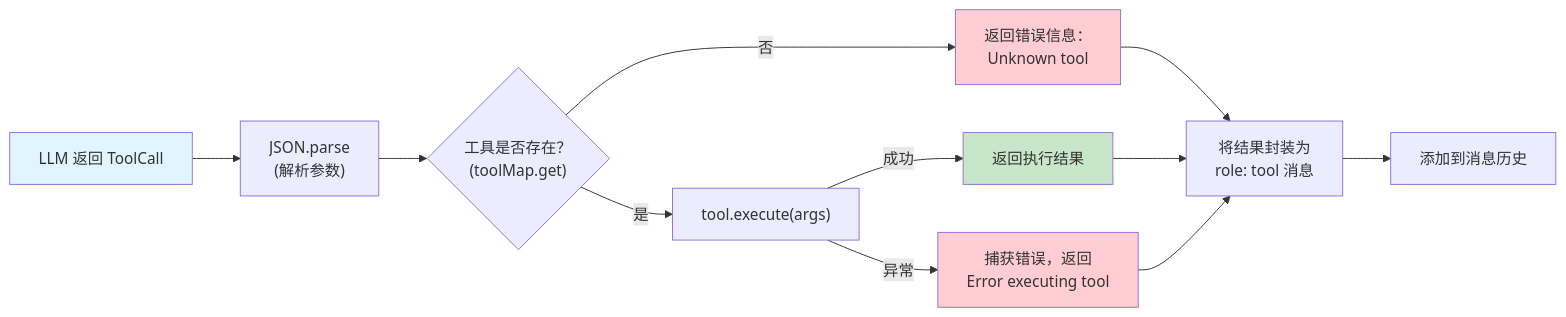
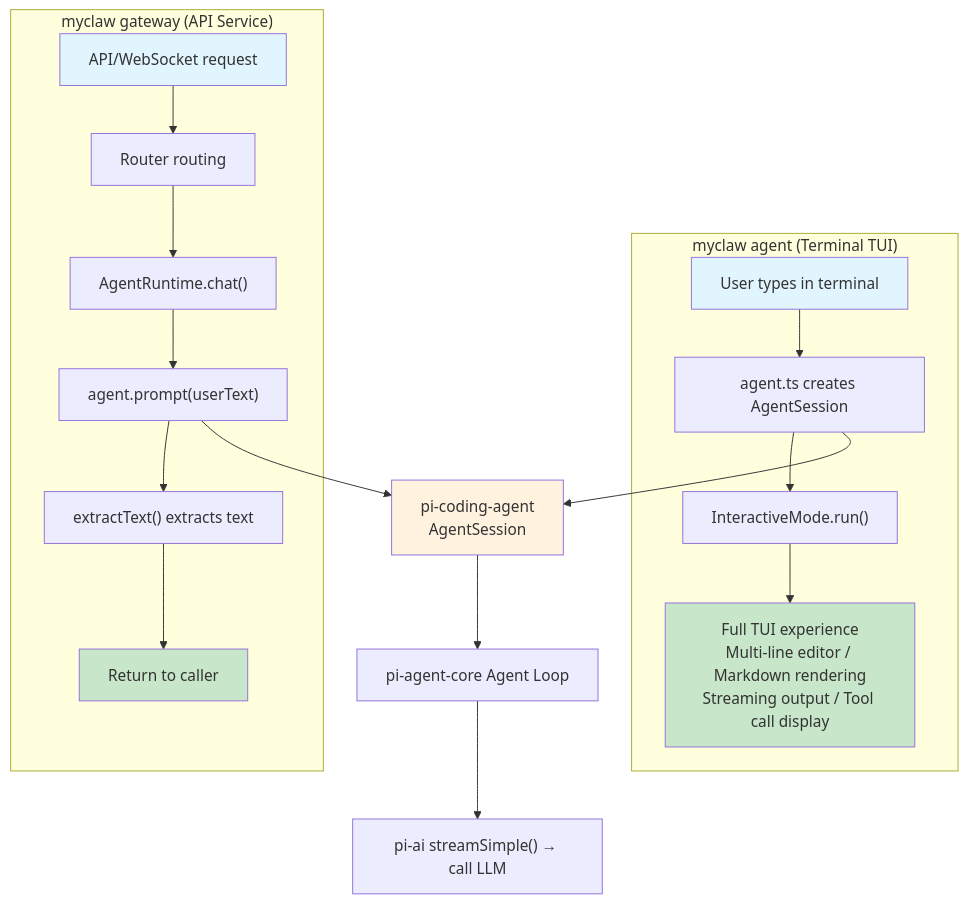
The diagram in docs/en/05-agent-runtime.md (oujingzhou/build-your-own-openclaw), drawn with Mermaid before and after one commit. The commit also changed other lines of this file and 32 other files, not shown here.

````diff
--- a/docs/en/05-agent-runtime.md
+++ b/docs/en/05-agent-runtime.md
@@ -592,18 +30,27 @@
 ```mermaid
-flowchart LR
-    A["LLM 返回 ToolCall"] --> B["JSON.parse<br/>(解析参数)"]
-    B --> C{"工具是否存在？<br/>(toolMap.get)"}
-    C -->|"否"| D["返回错误信息：<br/>Unknown tool"]
-    C -->|"是"| E["tool.execute(args)"]
-    E -->|"成功"| F["返回执行结果"]
-    E -->|"异常"| G["捕获错误，返回<br/>Error executing tool"]
-    D --> H["将结果封装为<br/>role: tool 消息"]
-    F --> H
-    G --> H
-    H --> I["添加到消息历史"]
+flowchart TD
+    subgraph "myclaw agent (Terminal TUI)"
+        A1["User types in terminal"] --> B1["agent.ts creates AgentSession"]
+        B1 --> C1["InteractiveMode.run()"]
+        C1 --> D1["Full TUI experience<br/>Multi-line editor / Markdown rendering<br/>Streaming output / Tool call display"]
+    end
 
-    style A fill:#e1f5fe
-    style F fill:#c8e6c9
-    style D fill:#ffcdd2
-    style G fill:#ffcdd2
+    subgraph "myclaw gateway (API Service)"
+        A2["API/WebSocket request"] --> B2["Router routing"]
+        B2 --> C2["AgentRuntime.chat()"]
+        C2 --> D2["agent.prompt(userText)"]
+        D2 --> E2["extractText() extracts text"]
+        E2 --> F2["Return to caller"]
+    end
+
+    B1 --> S["pi-coding-agent<br/>AgentSession"]
+    D2 --> S
+    S --> AG["pi-agent-core Agent Loop"]
+    AG --> LLM["pi-ai streamSimple() → call LLM"]
+
+    style A1 fill:#e1f5fe
+    style A2 fill:#e1f5fe
+    style D1 fill:#c8e6c9
+    style F2 fill:#c8e6c9
+    style S fill:#fff3e0
 ```
````
